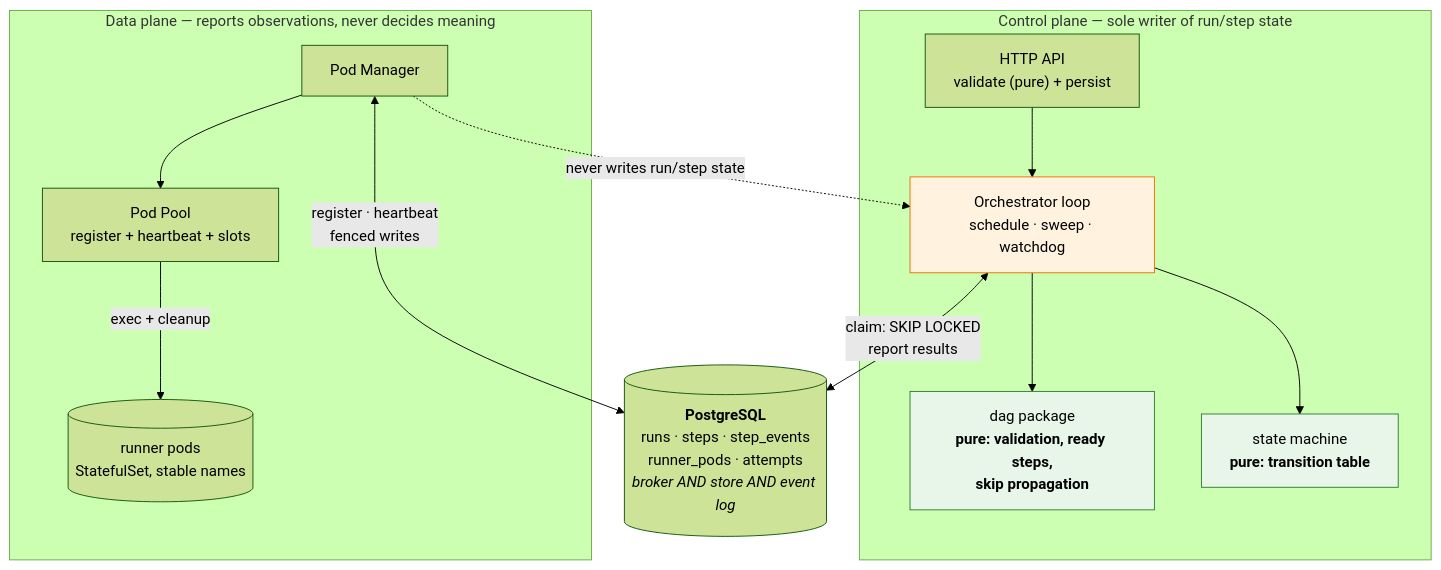
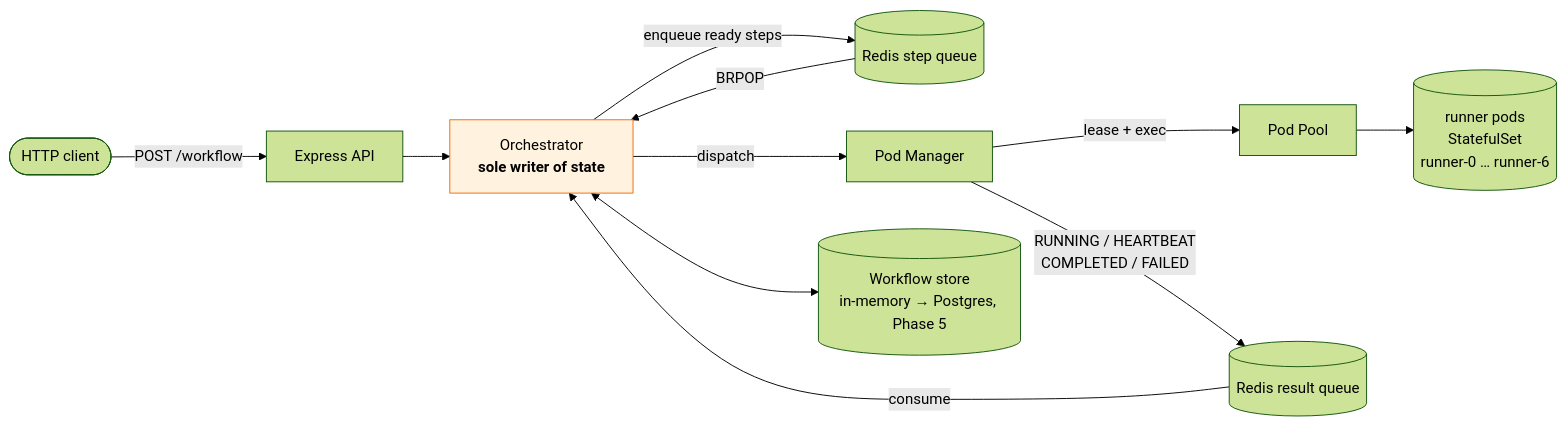
The diagram in README.md (sreenivasivbieb/kubedag), drawn with Mermaid (forest theme) before and after one commit. The commit also changed other lines of this file and 44 other files, not shown here.

First line of the commit message:
Phase 0 (rewrite): adopt Runexus architecture, TypeScript on Bun

````diff
--- a/README.md
+++ b/README.md
@@ -18,31 +20,19 @@
 ```mermaid
-graph TB
-    subgraph CP["Control plane — sole writer of run/step state"]
-        API["HTTP API<br/>validate (pure) + persist"]
-        ORCH["Orchestrator loop<br/>schedule · sweep · watchdog"]
-        DAG["dag package<br/><b>pure: validation, ready steps,<br/>skip propagation</b>"]
-        SM["state machine<br/><b>pure: transition table</b>"]
-    end
+graph LR
+  Client([HTTP client]) -->|POST /workflow| API[Express API]
+  API --> O[Orchestrator<br/><b>sole writer of state</b>]
 
-    PG[("<b>PostgreSQL</b><br/>runs · steps · step_events<br/>runner_pods · attempts<br/><i>broker AND store AND event log</i>")]
+  O -->|enqueue ready steps| SQ[("Redis step queue")]
+  SQ -->|BRPOP| O
+  O -->|dispatch| PM[Pod Manager]
+  PM -->|lease + exec| Pool[Pod Pool]
+  Pool --> Pods[("runner pods<br/>StatefulSet<br/>runner-0 … runner-6")]
 
-    subgraph DP["Data plane — reports observations, never decides meaning"]
-        PM["Pod Manager"]
-        POOL["Pod Pool<br/>register + heartbeat + slots"]
-        RP[("runner pods<br/>StatefulSet, stable names")]
-    end
+  PM -->|RUNNING / HEARTBEAT<br/>COMPLETED / FAILED| RQ[("Redis result queue")]
+  RQ -->|consume| O
 
-    API --> ORCH
-    ORCH --> DAG
-    ORCH --> SM
-    ORCH <-->|"claim: SKIP LOCKED<br/>report results"| PG
-    PM <-->|"register · heartbeat<br/>fenced writes"| PG
-    PM --> POOL
-    POOL -->|"exec + cleanup"| RP
-    PM -.->|"never writes run/step state"| ORCH
+  O <--> Store[("Workflow store<br/>in-memory → Postgres, Phase 5")]
 
-    classDef pure fill:#e8f5e9,stroke:#2e7d32
-    classDef sole fill:#fff3e0,stroke:#ef6c00
-    class DAG,SM pure
-    class ORCH sole
+  classDef sole fill:#fff3e0,stroke:#ef6c00
+  class O sole
 ```
````
